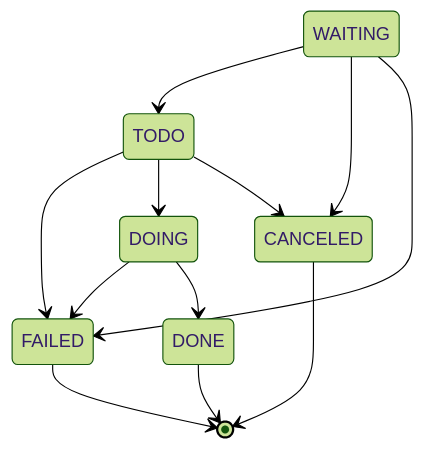
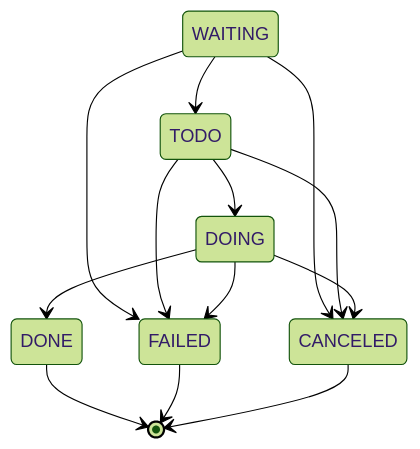
The diagram in docs/assets/schemas/computetask.state.mmd (Substra/orchestrator), drawn with Mermaid (forest theme) before and after one commit. The commit also changed 6 other files, not shown here.

```diff
--- a/docs/assets/schemas/computetask.state.mmd
+++ b/docs/assets/schemas/computetask.state.mmd
@@ -1,12 +1,13 @@
 stateDiagram-v2
     WAITING --> TODO
     WAITING --> CANCELED
     WAITING --> FAILED
     TODO --> FAILED
     TODO --> DOING
     TODO --> CANCELED
     DOING --> FAILED
     DOING --> DONE
+    DOING --> CANCELED
     DONE --> [*]
     FAILED --> [*]
     CANCELED --> [*]
```
